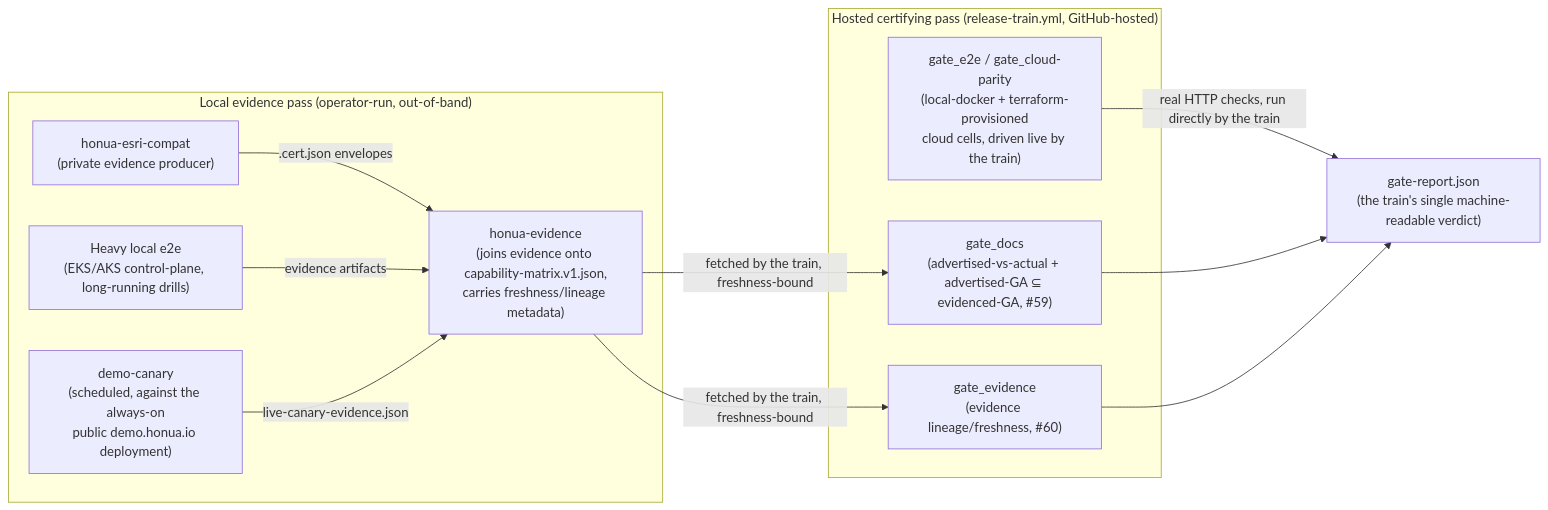
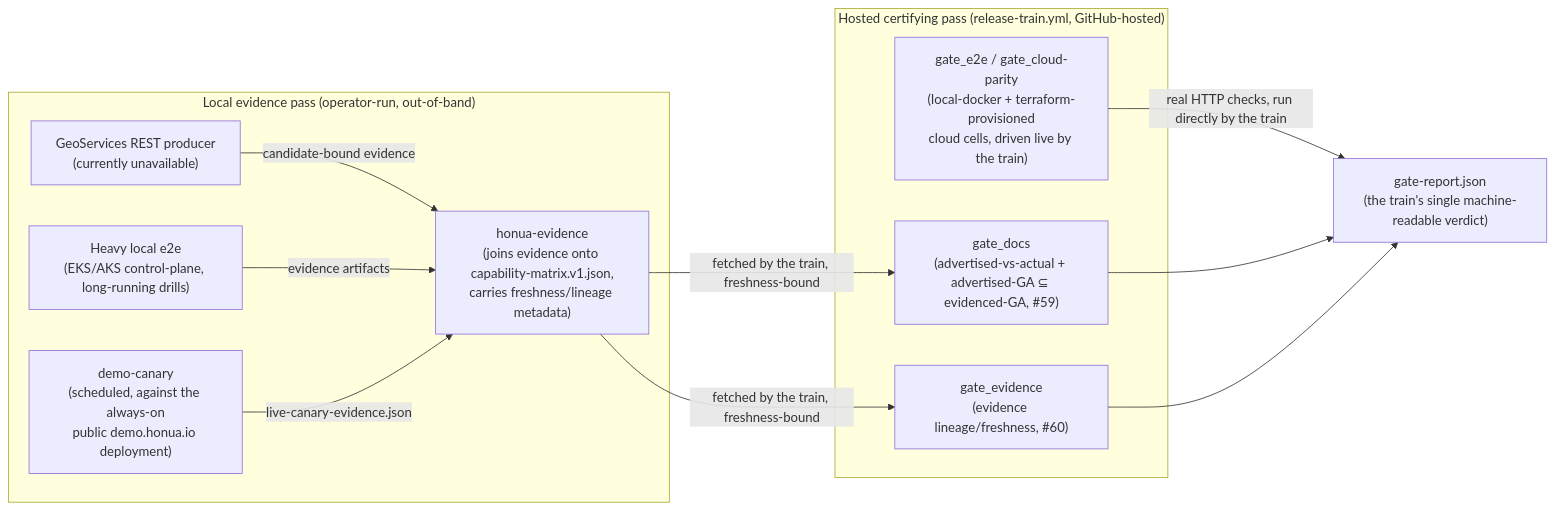
The diagram in docs/HYBRID-TRAIN.md (honua-io/honua-release), drawn with Mermaid before and after one commit. The commit also changed other lines of this file and 90 other files, not shown here.

````diff
--- a/docs/HYBRID-TRAIN.md
+++ b/docs/HYBRID-TRAIN.md
@@ -21,19 +21,19 @@
 ```mermaid
 flowchart LR
     subgraph Local["Local evidence pass (operator-run, out-of-band)"]
-        A["honua-esri-compat<br/>(private evidence producer)"] -->|".cert.json envelopes"| E
+        A["GeoServices REST producer<br/>(currently unavailable)"] -->|"candidate-bound evidence"| E
         B["Heavy local e2e<br/>(EKS/AKS control-plane, long-running drills)"] -->|"evidence artifacts"| E
         C["demo-canary<br/>(scheduled, against the always-on<br/>public demo.honua.io deployment)"] -->|"live-canary-evidence.json"| E
         E["honua-evidence<br/>(joins evidence onto capability-matrix.v1.json,<br/>carries freshness/lineage metadata)"]
     end
     subgraph Hosted["Hosted certifying pass (release-train.yml, GitHub-hosted)"]
         F["gate_docs<br/>(advertised-vs-actual + advertised-GA ⊆ evidenced-GA, #59)"]
         G["gate_evidence<br/>(evidence lineage/freshness, #60)"]
         H["gate_e2e / gate_cloud-parity<br/>(local-docker + terraform-provisioned<br/>cloud cells, driven live by the train)"]
     end
     E -->|"fetched by the train, freshness-bound"| F
     E -->|"fetched by the train, freshness-bound"| G
     H -->|"real HTTP checks, run directly by the train"| Report["gate-report.json<br/>(the train's single machine-readable verdict)"]
     F --> Report
     G --> Report
 ```
````
